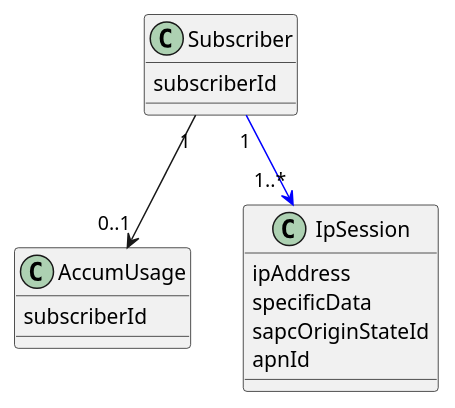
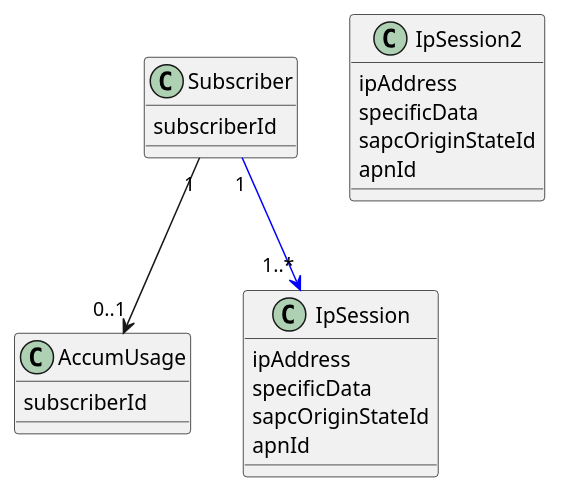
One commit to MatthiasHertel/softwaretechnik changed the diagram in 05_uml-unified_modeling_language/test2.pu. Above: the diagram before and after it, drawn with PlantUML. The commit also changed 2 other files, not shown here.

Commit message:
initial task uml

```diff
--- a/05_uml-unified_modeling_language/test2.pu
+++ b/05_uml-unified_modeling_language/test2.pu
@@ -1,19 +1,25 @@
 @startuml
 class Subscriber {
   subscriberId
 }
 
 class AccumUsage {
   subscriberId
 }
 
 class IpSession {
   ipAddress
   specificData
   sapcOriginStateId
   apnId
 }
+class IpSession2 {
+  ipAddress
+  specificData
+  sapcOriginStateId
+  apnId
+}
 
 Subscriber "1" -[#blue]-> "1..*" IpSession
 Subscriber "1" --> "0..1" AccumUsage
 @enduml
```
